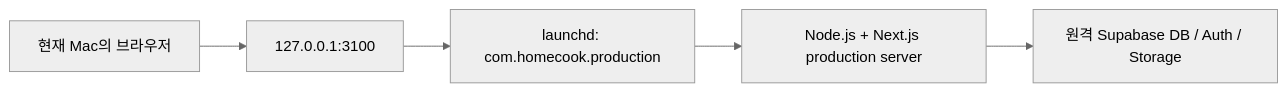
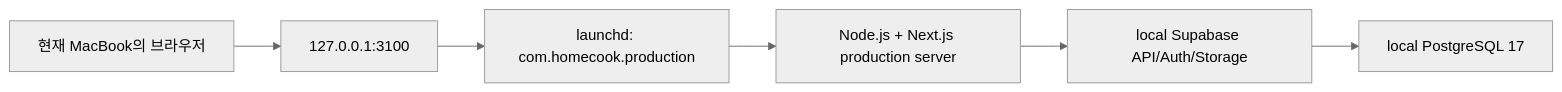
The diagram in docs/engineering/current-mac-production-plan.md (netsus/homecook), drawn with Mermaid (neutral theme) before and after one commit. The commit also changed other lines of this file and 70 other files, not shown here.

````diff
--- a/docs/engineering/current-mac-production-plan.md
+++ b/docs/engineering/current-mac-production-plan.md
@@ -66,7 +31,8 @@
 ```mermaid
 flowchart LR
-  A["현재 Mac의 브라우저"] --> B["127.0.0.1:3100"]
+  A["현재 MacBook의 브라우저"] --> B["127.0.0.1:3100"]
   B --> C["launchd: com.homecook.production"]
   C --> D["Node.js + Next.js production server"]
-  D --> E["원격 Supabase DB / Auth / Storage"]
+  D --> E["local Supabase API/Auth/Storage"]
+  E --> F["local PostgreSQL 17"]
 ```
````
